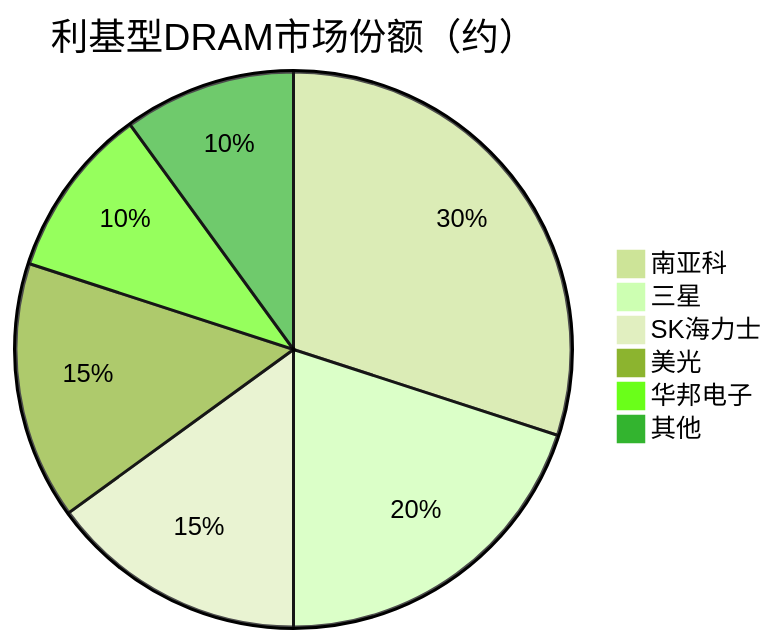
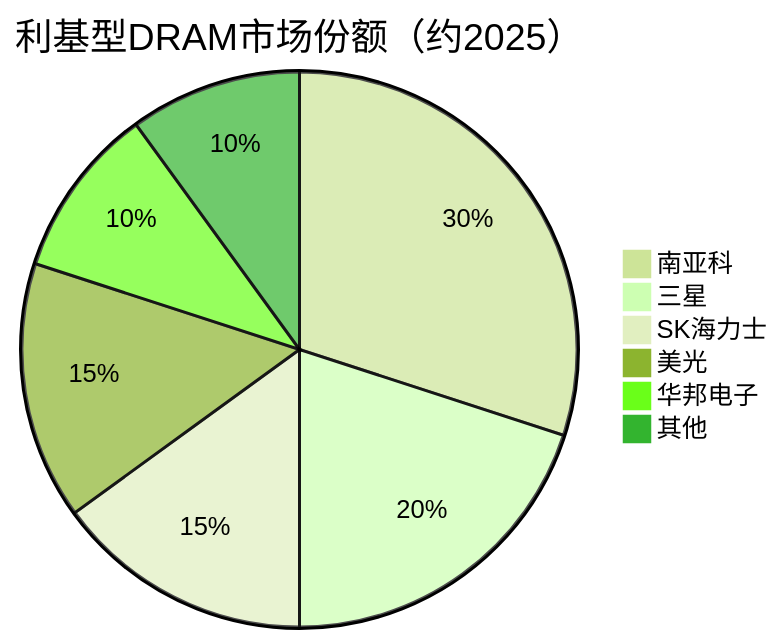
The third of 3 diagrams in 存储产业链/中游/DRAM/利基型DRAM.md (blueprint1453/industry-insight), drawn with Mermaid (forest theme) before and after one commit. The commit also changed other lines of this file and 78 other files, not shown here.

````diff
--- a/存储产业链/中游/DRAM/利基型DRAM.md
+++ b/存储产业链/中游/DRAM/利基型DRAM.md
@@ -104,9 +104,9 @@
 ```mermaid
-pie title 利基型DRAM市场份额（约）
+pie title 利基型DRAM市场份额（约2025）
     "南亚科" : 30
     "三星" : 20
     "SK海力士" : 15
     "美光" : 15
     "华邦电子" : 10
     "其他" : 10
 ```
````
